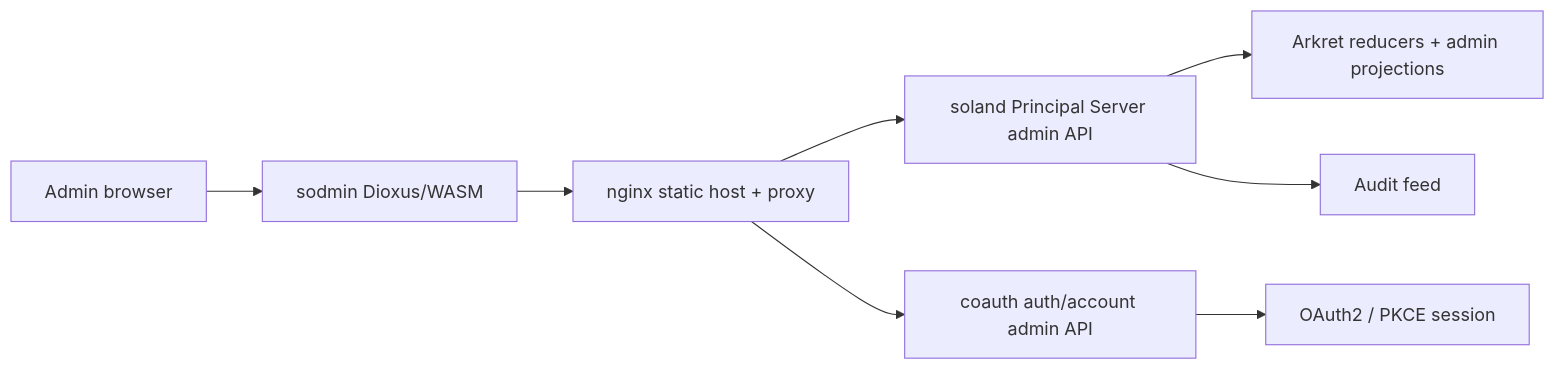
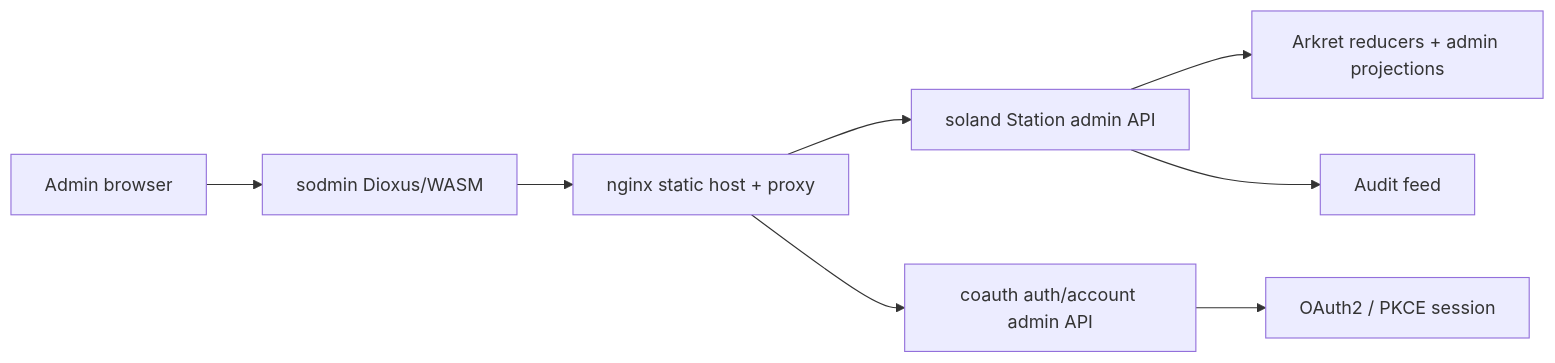
Before and after one commit to arkret-org/sodmin: the diagram in README.md, drawn with Mermaid. The commit also changed other lines of this file and 15 other files, not shown here.

Commit message:
Migrate Principal Server role to Station

````diff
--- a/README.md
+++ b/README.md
@@ -51,10 +51,10 @@
 ```mermaid
 flowchart LR
   Browser["Admin browser"] --> Sodmin["sodmin Dioxus/WASM"]
   Sodmin --> Nginx["nginx static host + proxy"]
-  Nginx --> Soland["soland Principal Server admin API"]
+  Nginx --> Soland["soland Station admin API"]
   Nginx --> Coauth["coauth auth/account admin API"]
   Coauth --> OAuth["OAuth2 / PKCE session"]
   Soland --> Reducers["Arkret reducers + admin projections"]
   Soland --> Audit["Audit feed"]
 ```
````
